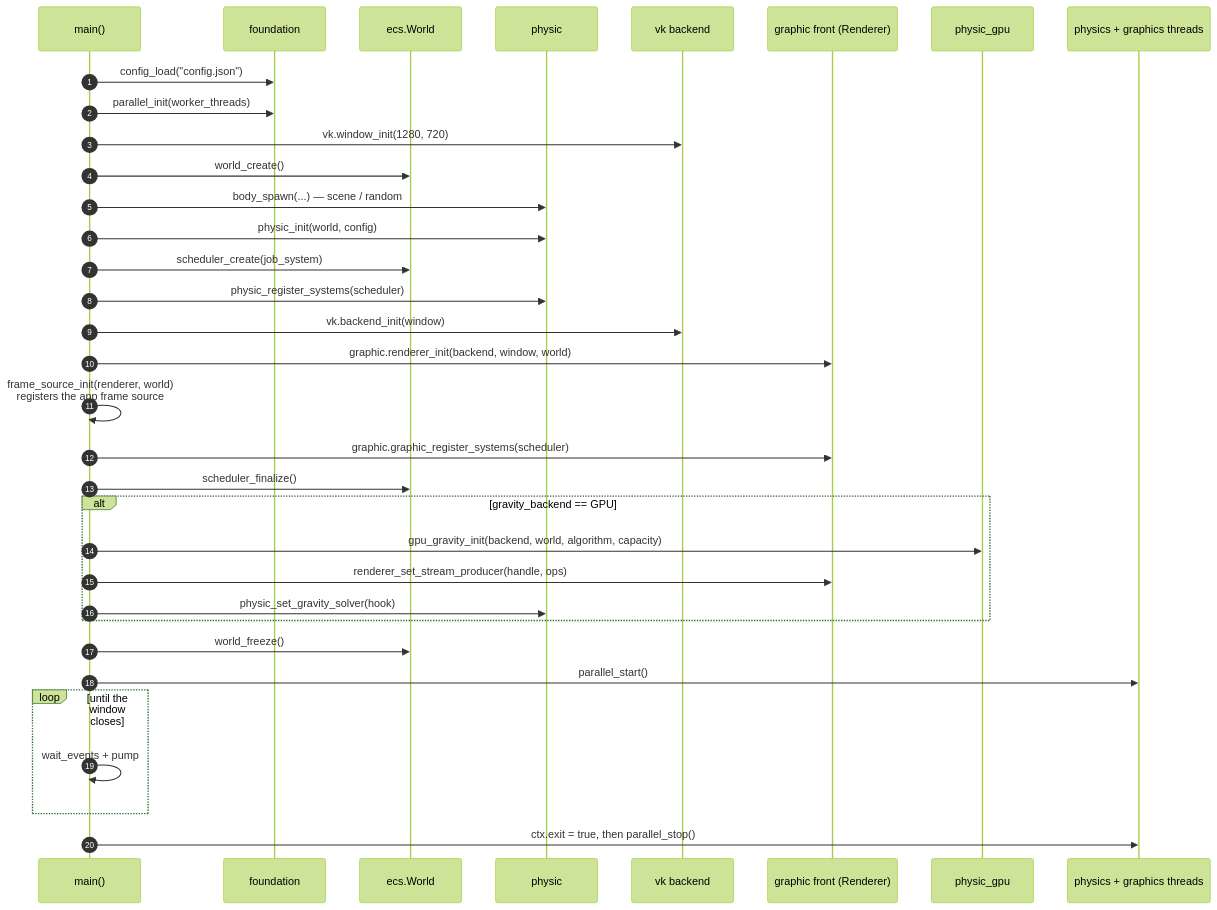
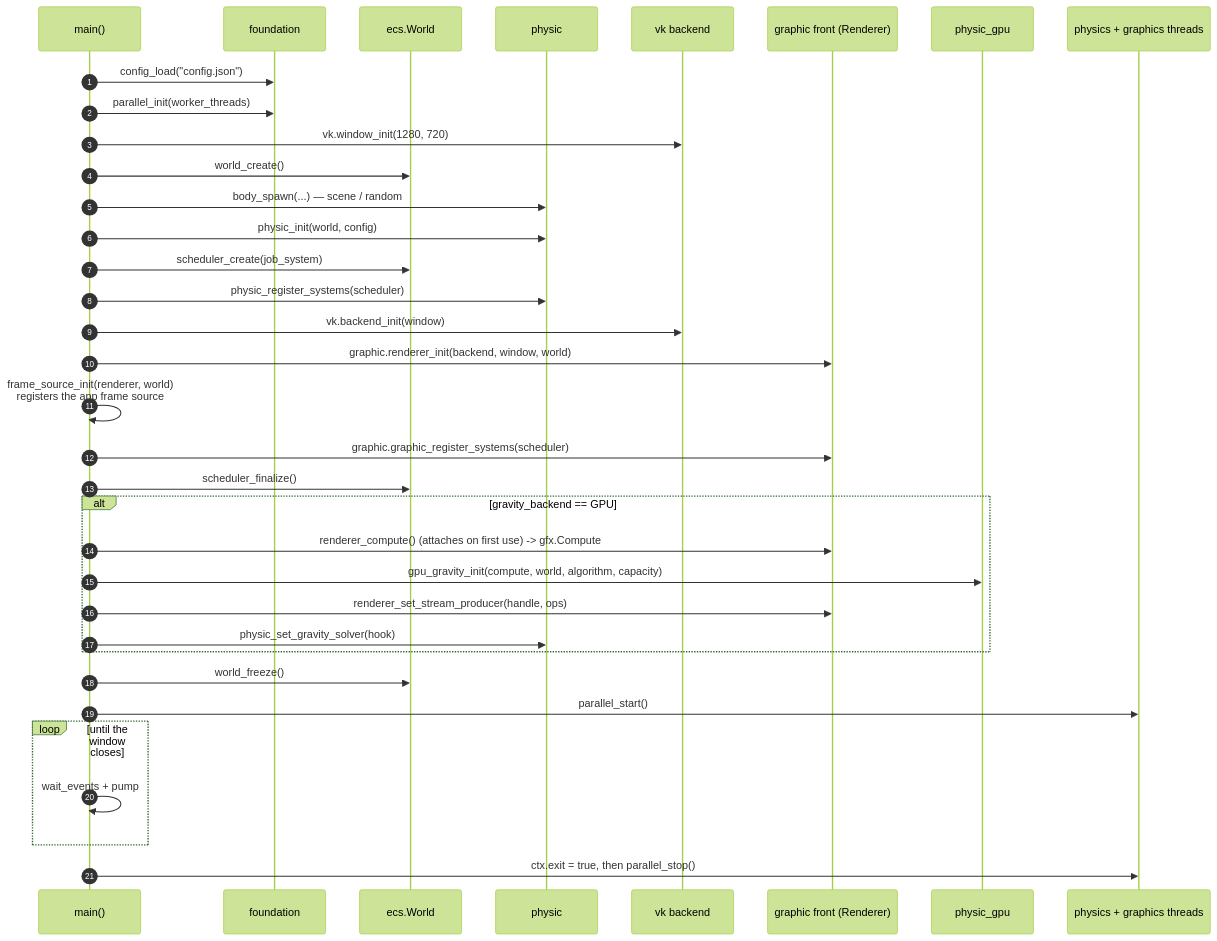
Before and after one commit to TanukiConDos/Gravity-Simulator: the fourth of 7 diagrams in docs/architecture.md, drawn with Mermaid (forest theme). The commit also changed other lines of this file and 4 other files, not shown here.

First line of the commit message:
docs: physics records GPU compute through the front's proxy

````diff
--- a/docs/architecture.md
+++ b/docs/architecture.md
@@ -151,37 +154,38 @@
 ```mermaid
 sequenceDiagram
     autonumber
     participant M as main()
     participant F as foundation
     participant W as ecs.World
     participant P as physic
     participant B as vk backend
     participant R as graphic front (Renderer)
     participant PG as physic_gpu
     participant T as physics + graphics threads
 
     M->>F: config_load("config.json")
     M->>F: parallel_init(worker_threads)
     M->>B: vk.window_init(1280, 720)
     M->>W: world_create()
     M->>P: body_spawn(...) — scene / random
     M->>P: physic_init(world, config)
     M->>W: scheduler_create(job_system)
     M->>P: physic_register_systems(scheduler)
     M->>B: vk.backend_init(window)
     M->>R: graphic.renderer_init(backend, window, world)
     M->>M: frame_source_init(renderer, world)<br/>registers the app frame source
     M->>R: graphic.graphic_register_systems(scheduler)
     M->>W: scheduler_finalize()
     alt gravity_backend == GPU
-        M->>PG: gpu_gravity_init(backend, world, algorithm, capacity)
+        M->>R: renderer_compute() (attaches on first use) -> gfx.Compute
+        M->>PG: gpu_gravity_init(compute, world, algorithm, capacity)
         M->>R: renderer_set_stream_producer(handle, ops)
         M->>P: physic_set_gravity_solver(hook)
     end
     M->>W: world_freeze()
     M->>T: parallel_start()
     loop until the window closes
         M->>M: wait_events + pump
     end
     M->>T: ctx.exit = true, then parallel_stop()
 ```
````
